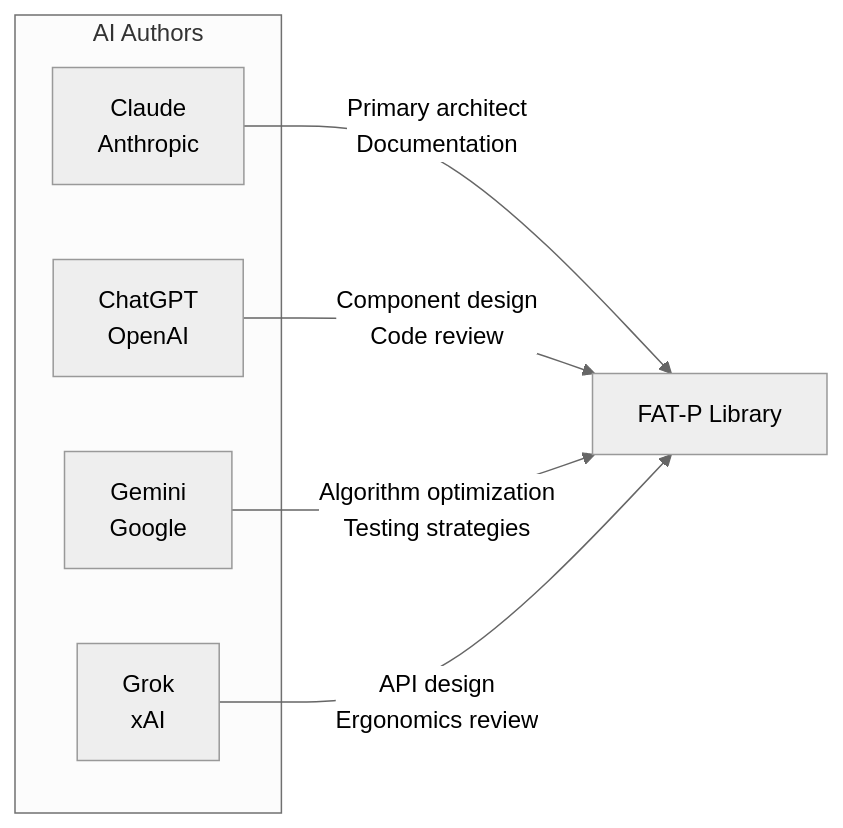
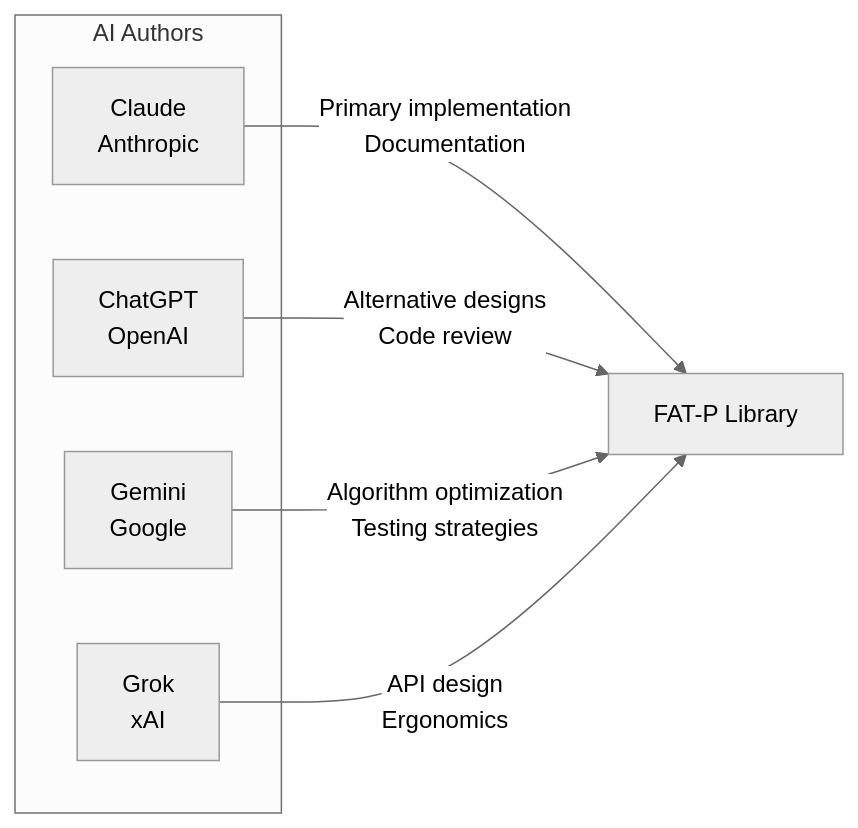
Before and after one commit to schroedermatthew/FatP: the first of 5 diagrams in README.md, drawn with Mermaid (neutral theme). The commit also changed other lines of this file, not shown here.

````diff
--- a/README.md
+++ b/README.md
@@ -13,14 +13,14 @@
 ```mermaid
 graph LR
     subgraph "AI Authors"
         C[Claude<br/>Anthropic]
         G[ChatGPT<br/>OpenAI]
         GE[Gemini<br/>Google]
         GR[Grok<br/>xAI]
     end
     
-    C --> |Primary architect<br/>Documentation| L[FAT-P Library]
-    G --> |Component design<br/>Code review| L
+    C --> |Primary implementation<br/>Documentation| L[FAT-P Library]
+    G --> |Alternative designs<br/>Code review| L
     GE --> |Algorithm optimization<br/>Testing strategies| L
-    GR --> |API design<br/>Ergonomics review| L
+    GR --> |API design<br/>Ergonomics| L
 ```
````
